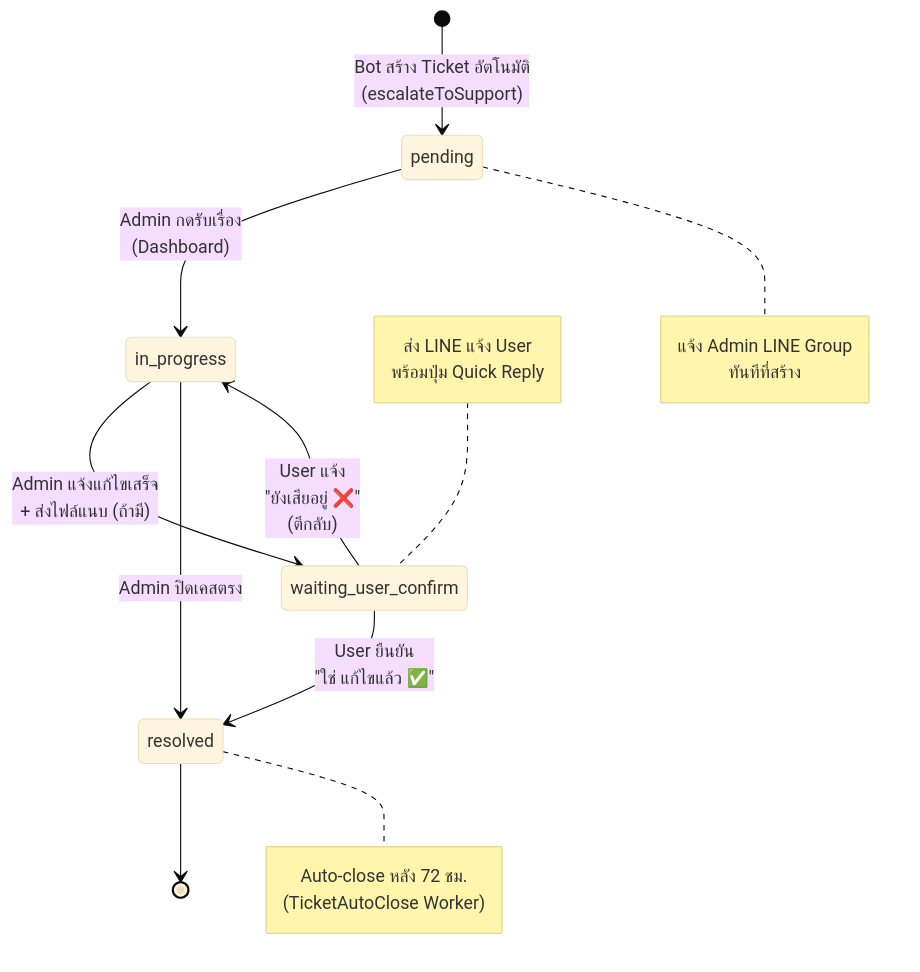
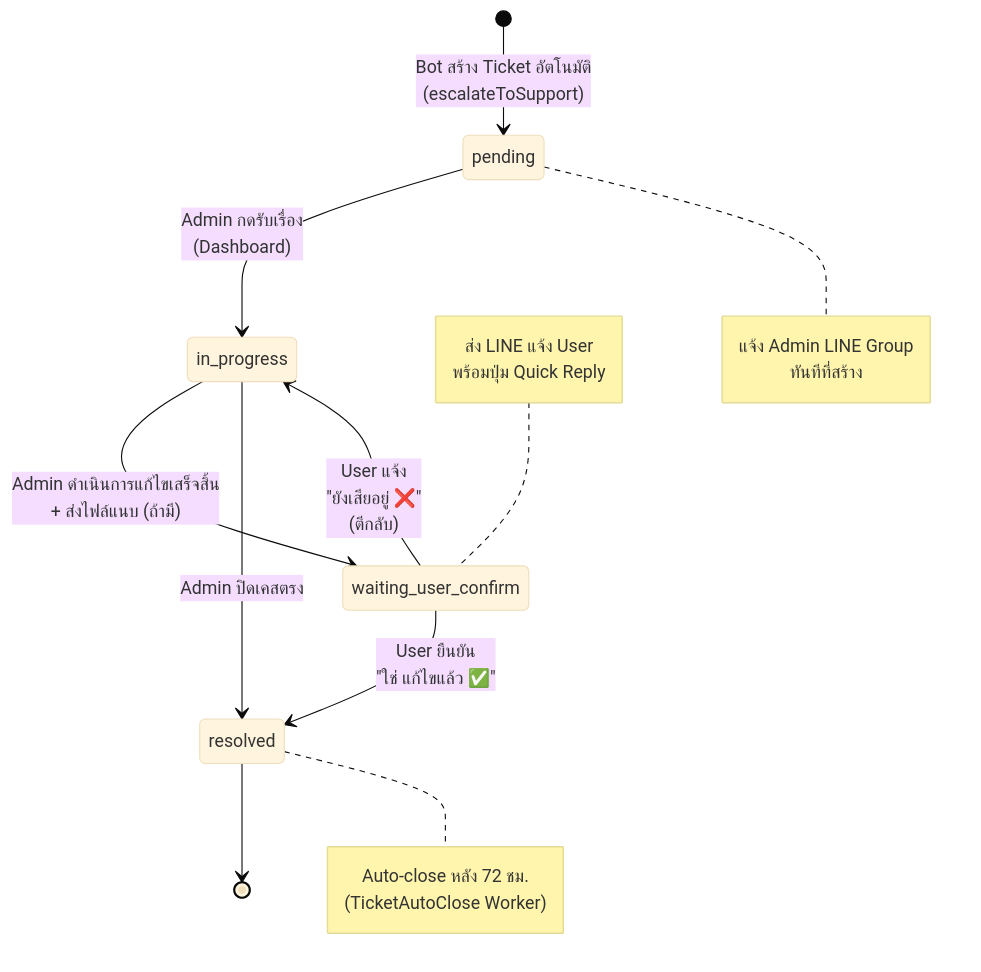
The sixth of 10 diagrams in docs/ARCHITECTURE.md (joe-nontakorn/line-ai-support), drawn with Mermaid (base theme) before and after one commit. The commit also changed other lines of this file and 3 other files, not shown here.

````diff
--- a/docs/ARCHITECTURE.md
+++ b/docs/ARCHITECTURE.md
@@ -309,29 +309,29 @@
 ```mermaid
 stateDiagram-v2
     [*] --> pending: Bot สร้าง Ticket อัตโนมัติ<br/>(escalateToSupport)
 
     pending --> in_progress: Admin กดรับเรื่อง<br/>(Dashboard)
     
-    in_progress --> waiting_user_confirm: Admin แจ้งแก้ไขเสร็จ<br/>+ ส่งไฟล์แนบ (ถ้ามี)
+    in_progress --> waiting_user_confirm: Admin ดำเนินการแก้ไขเสร็จสิ้น<br/>+ ส่งไฟล์แนบ (ถ้ามี)
     in_progress --> resolved: Admin ปิดเคสตรง
 
     waiting_user_confirm --> resolved: User ยืนยัน<br/>"ใช่ แก้ไขแล้ว ✅"
     waiting_user_confirm --> in_progress: User แจ้ง<br/>"ยังเสียอยู่ ❌"<br/>(ตีกลับ)
 
     resolved --> [*]
 
     note right of pending
         แจ้ง Admin LINE Group
         ทันทีที่สร้าง
     end note
 
     note left of waiting_user_confirm
         ส่ง LINE แจ้ง User
         พร้อมปุ่ม Quick Reply
     end note
 
     note right of resolved
         Auto-close หลัง 72 ชม.
         (TicketAutoClose Worker)
     end note
 ```
````
